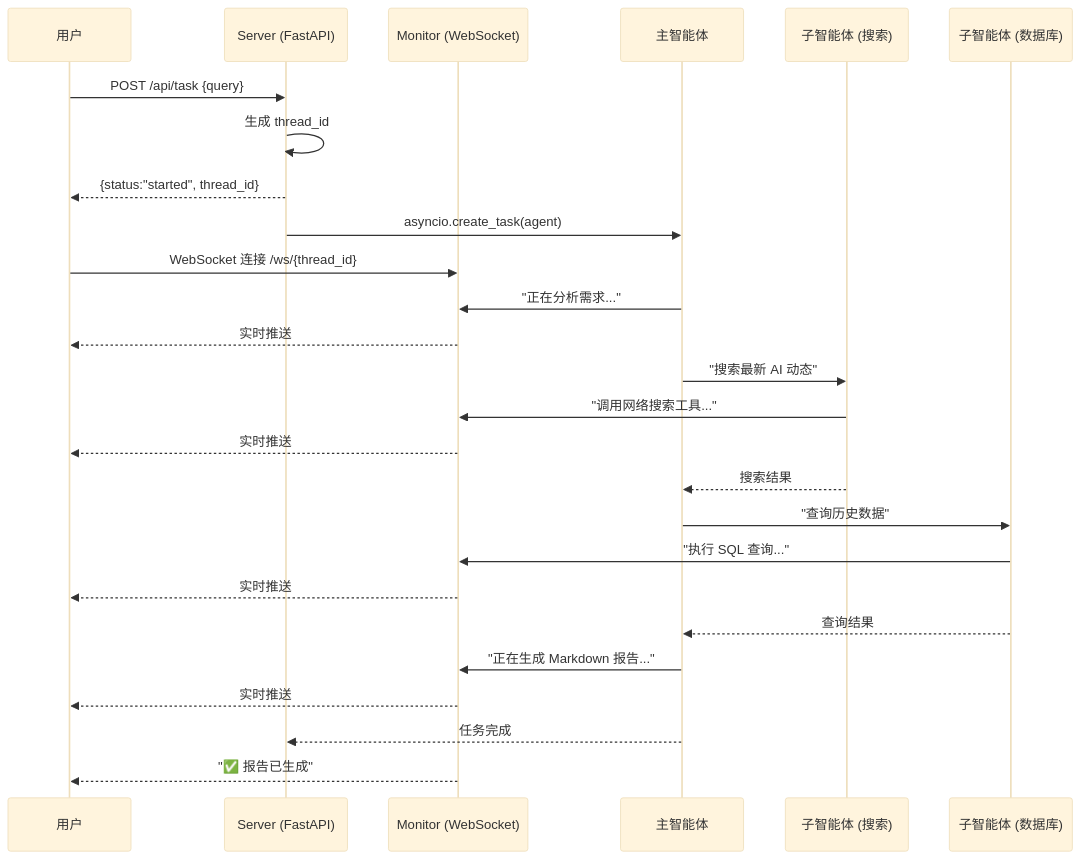
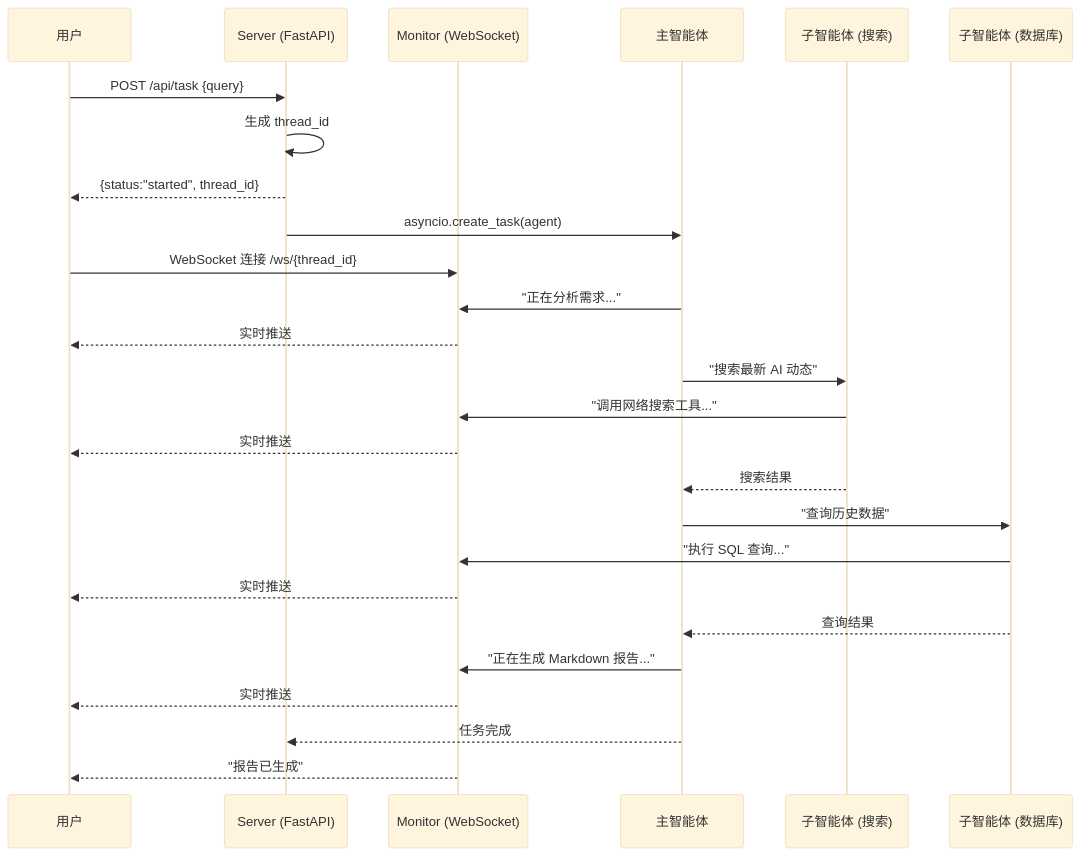
The diagram in README.md (scoffee16/Multiagent_search), drawn with Mermaid (base theme) before and after one commit. The commit also changed other lines of this file and 1 other file, not shown here.

Commit message:
docs: 用静态架构图替换 README 中的流程图并精简章节

````diff
--- a/README.md
+++ b/README.md
@@ -76,34 +59,34 @@
 ```mermaid
 sequenceDiagram
     participant U as 用户
     participant S as Server (FastAPI)
     participant M as Monitor (WebSocket)
     participant A as 主智能体
     participant T1 as 子智能体 (搜索)
     participant T2 as 子智能体 (数据库)
 
     U->>S: POST /api/task {query}
     S->>S: 生成 thread_id
     S-->>U: {status:"started", thread_id}
     S->>A: asyncio.create_task(agent)
 
     U->>M: WebSocket 连接 /ws/{thread_id}
 
     A->>M: "正在分析需求..."
     M-->>U: 实时推送
 
     A->>T1: "搜索最新 AI 动态"
     T1->>M: "调用网络搜索工具..."
     M-->>U: 实时推送
     T1-->>A: 搜索结果
 
     A->>T2: "查询历史数据"
     T2->>M: "执行 SQL 查询..."
     M-->>U: 实时推送
     T2-->>A: 查询结果
 
     A->>M: "正在生成 Markdown 报告..."
     M-->>U: 实时推送
     A-->>S: 任务完成
-    M-->>U: "✅ 报告已生成"
+    M-->>U: "报告已生成"
 ```
````
